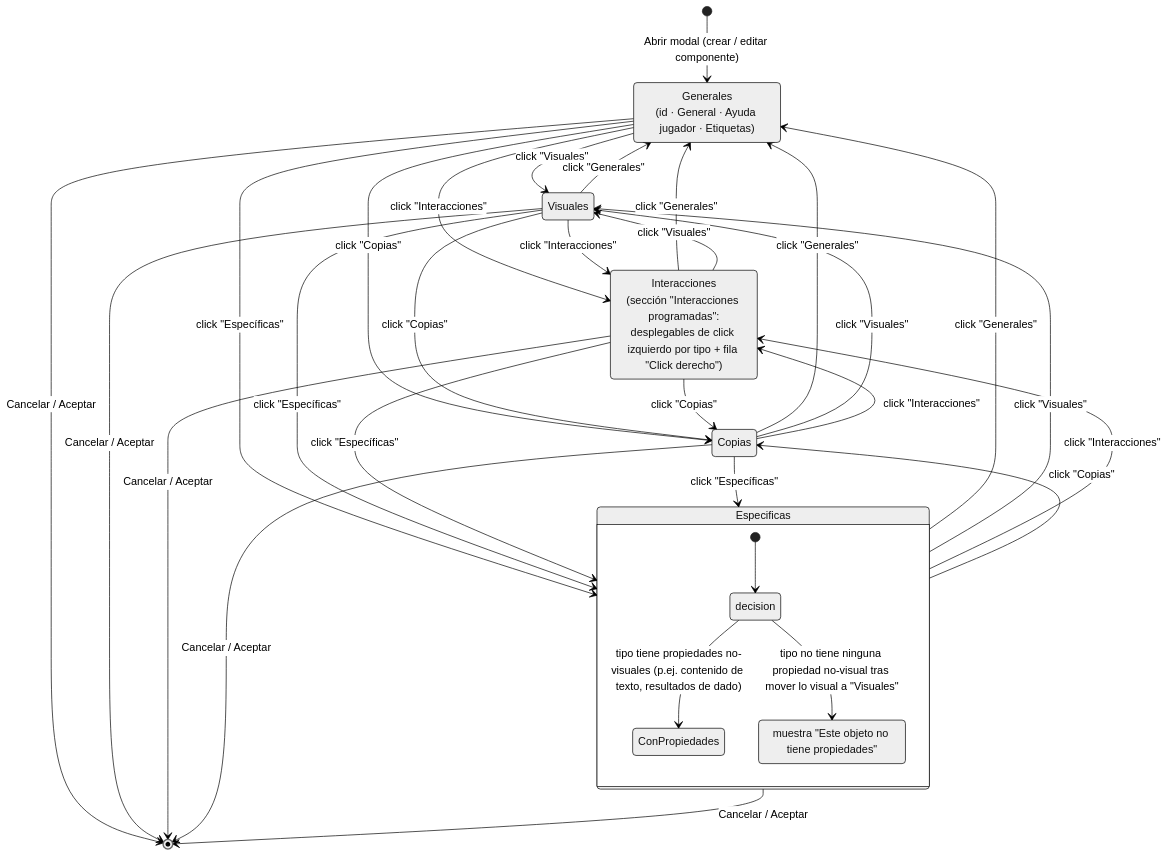
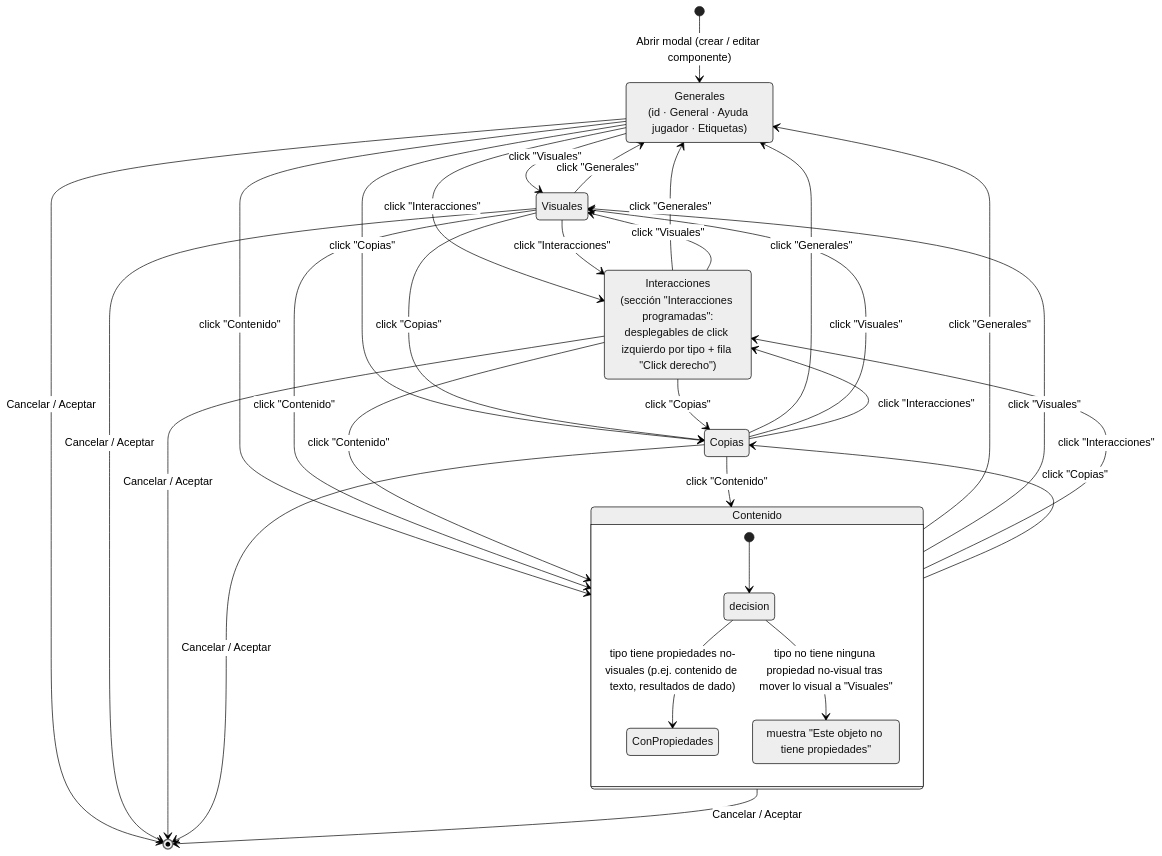
The second of 2 diagrams in previo-sdd/design/docs/features/002-alta-edicion-borrado-de-componentes-con-modal-de-tabs.md (yeyopepe/bgfactory), drawn with Mermaid (neutral theme) before and after one commit. The commit also changed other lines of this file and 27 other files, not shown here.

````diff
--- a/previo-sdd/design/docs/features/002-alta-edicion-borrado-de-componentes-con-modal-de-tabs.md
+++ b/previo-sdd/design/docs/features/002-alta-edicion-borrado-de-componentes-con-modal-de-tabs.md
@@ -51,45 +51,47 @@
 ```mermaid
 stateDiagram-v2
     [*] --> Generales: Abrir modal (crear / editar componente)
 
     Generales --> Visuales: click "Visuales"
-    Generales --> Especificas: click "Específicas"
+    Generales --> Especificas: click "Contenido"
     Generales --> Interacciones: click "Interacciones"
     Generales --> Copias: click "Copias"
 
     Visuales --> Generales: click "Generales"
-    Visuales --> Especificas: click "Específicas"
+    Visuales --> Especificas: click "Contenido"
     Visuales --> Interacciones: click "Interacciones"
     Visuales --> Copias: click "Copias"
 
     Especificas --> Generales: click "Generales"
     Especificas --> Visuales: click "Visuales"
     Especificas --> Interacciones: click "Interacciones"
     Especificas --> Copias: click "Copias"
 
     Interacciones --> Generales: click "Generales"
     Interacciones --> Visuales: click "Visuales"
-    Interacciones --> Especificas: click "Específicas"
+    Interacciones --> Especificas: click "Contenido"
     Interacciones --> Copias: click "Copias"
 
     Copias --> Generales: click "Generales"
     Copias --> Visuales: click "Visuales"
-    Copias --> Especificas: click "Específicas"
+    Copias --> Especificas: click "Contenido"
     Copias --> Interacciones: click "Interacciones"
 
     Generales: Generales<br/>(id · General · Ayuda jugador · Etiquetas)
     Interacciones: Interacciones<br/>(sección "Interacciones programadas":<br/>desplegables de click izquierdo por tipo + fila "Click derecho")
 
     state Especificas {
         [*] --> decision
         decision --> ConPropiedades: tipo tiene propiedades no-visuales (p.ej. contenido de texto, resultados de dado)
         decision --> SinPropiedades: tipo no tiene ninguna propiedad no-visual tras mover lo visual a "Visuales"
         SinPropiedades: muestra "Este objeto no tiene propiedades"
     }
 
+    Especificas: Contenido
+
     Generales --> [*]: Cancelar / Aceptar
     Visuales --> [*]: Cancelar / Aceptar
     Especificas --> [*]: Cancelar / Aceptar
     Interacciones --> [*]: Cancelar / Aceptar
     Copias --> [*]: Cancelar / Aceptar
 ```
````
